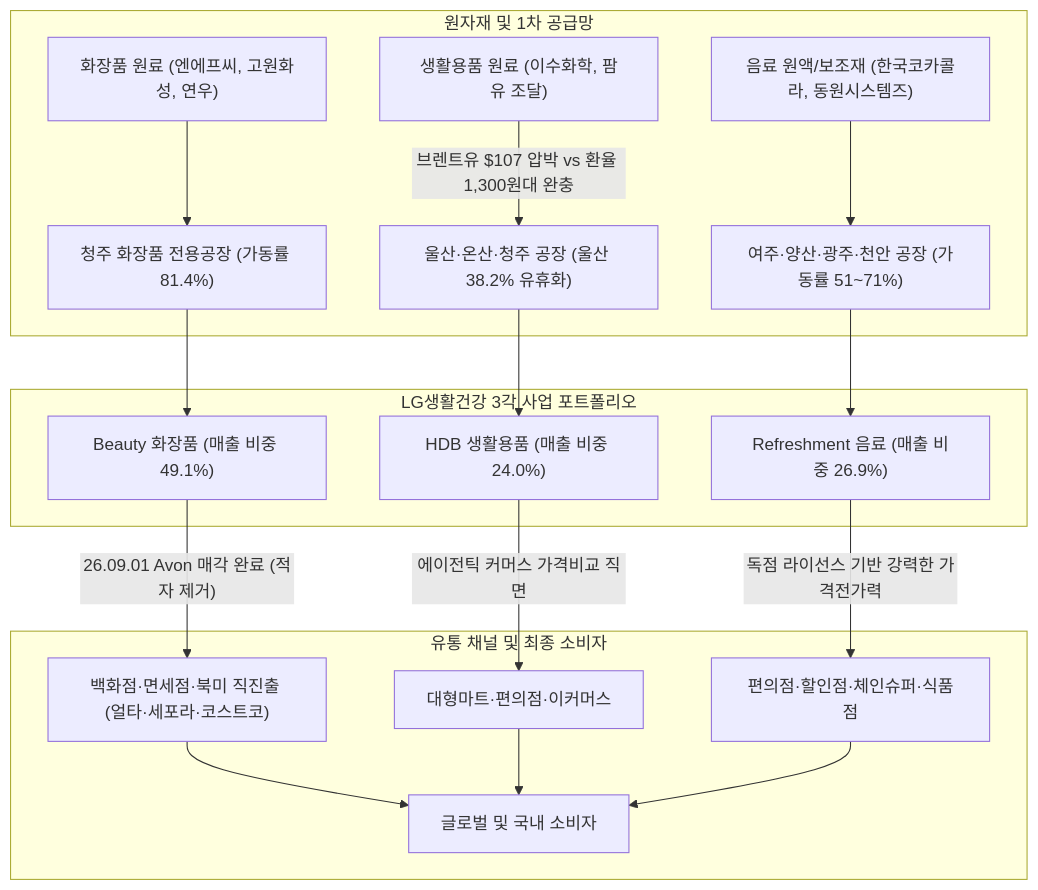
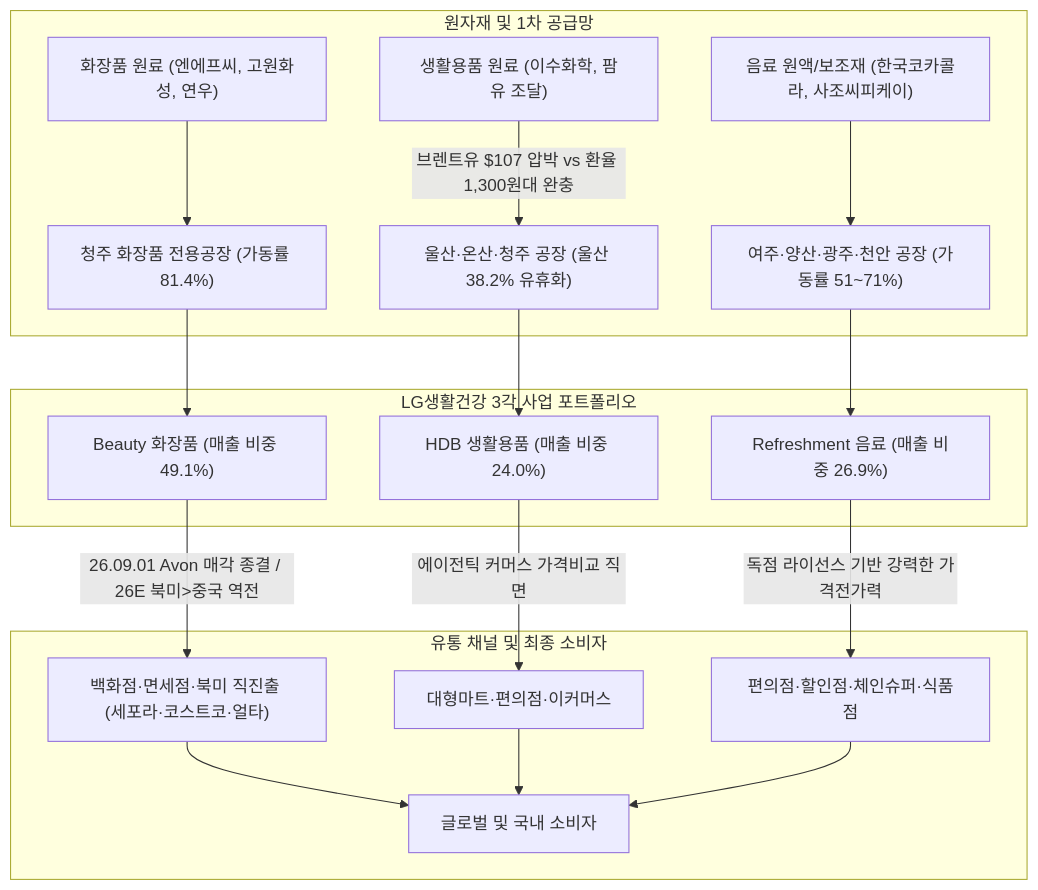
One commit to eve830521-cmd/my-skill changed the diagram in Stock_Research/LG생활건강/3_Final_Reports/Phase1_Report.md. Above: the diagram before and after it, drawn with Mermaid. The commit also changed other lines of this file and 100 other files, not shown here.

````diff
--- a/Stock_Research/LG생활건강/3_Final_Reports/Phase1_Report.md
+++ b/Stock_Research/LG생활건강/3_Final_Reports/Phase1_Report.md
@@ -24,23 +25,23 @@
 ```mermaid
 flowchart TD
     subgraph 원자재 및 1차 공급망
         A1["화장품 원료 (엔에프씨, 고원화성, 연우)"] --> B1["청주 화장품 전용공장 (가동률 81.4%)"]
         A2["생활용품 원료 (이수화학, 팜유 조달)"] -->|"브렌트유 $107 압박 vs 환율 1,300원대 완충"| B2["울산·온산·청주 공장 (울산 38.2% 유휴화)"]
-        A3["음료 원액/보조재 (한국코카콜라, 동원시스템즈)"] --> B3["여주·양산·광주·천안 공장 (가동률 51~71%)"]
+        A3["음료 원액/보조재 (한국코카콜라, 사조씨피케이)"] --> B3["여주·양산·광주·천안 공장 (가동률 51~71%)"]
     end
 
     subgraph LG생활건강 3각 사업 포트폴리오
         B1 --> C1["Beauty 화장품 (매출 비중 49.1%)"]
         B2 --> C2["HDB 생활용품 (매출 비중 24.0%)"]
         B3 --> C3["Refreshment 음료 (매출 비중 26.9%)"]
     end
 
     subgraph 유통 채널 및 최종 소비자
-        C1 -->|"26.09.01 Avon 매각 완료 (적자 제거)"| D1["백화점·면세점·북미 직진출 (얼타·세포라·코스트코)"]
+        C1 -->|"26.09.01 Avon 매각 종결 / 26E 북미>중국 역전"| D1["백화점·면세점·북미 직진출 (세포라·코스트코·얼타)"]
         C2 -->|"에이전틱 커머스 가격비교 직면"| D2["대형마트·편의점·이커머스"]
         C3 -->|"독점 라이선스 기반 강력한 가격전가력"| D3["편의점·할인점·체인슈퍼·식품점"]
         D1 --> E["글로벌 및 국내 소비자"]
         D2 --> E
         D3 --> E
     end
 ```
````
